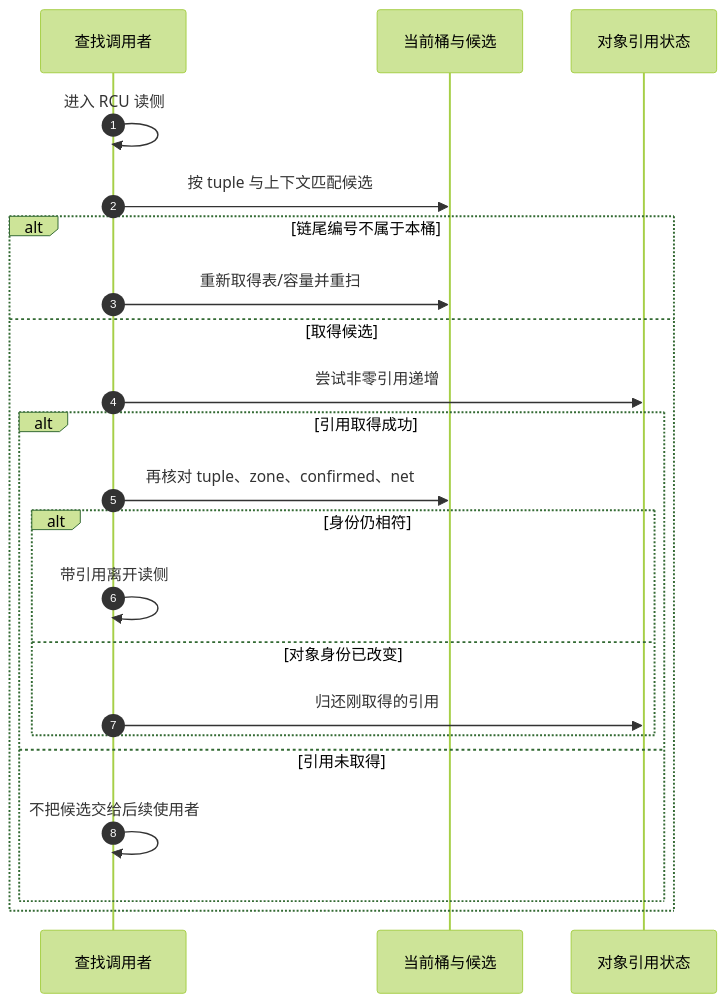
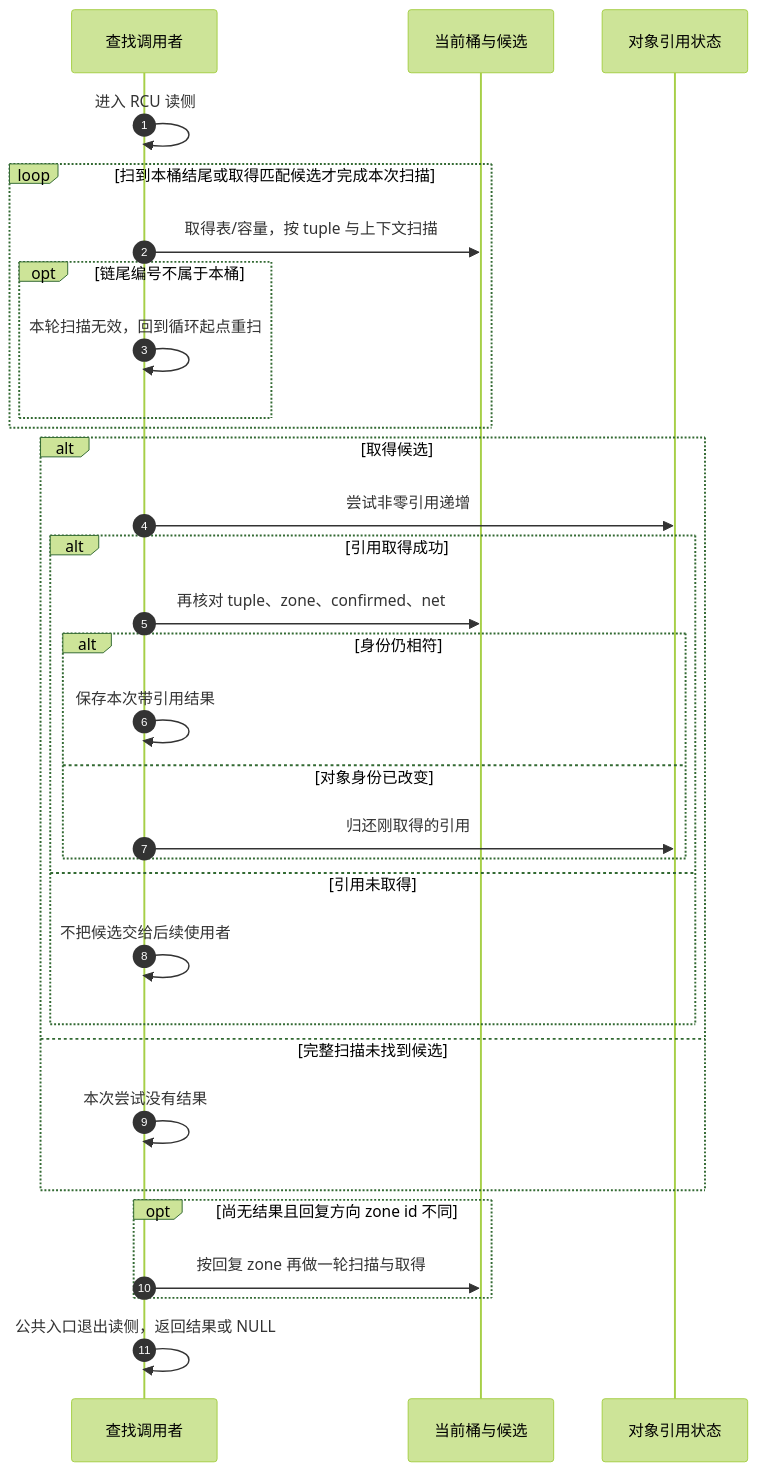
The third of 4 diagrams in knowledge/linux/data_structures/哈希表_Hash_Table/P04_内核实战与应用/P06_哈希表在内核子系统中的影子(深度拆解篇).md (FormingSystem/linux_note), drawn with Mermaid (forest theme) before and after one commit. The commit also changed other lines of this file and 11 other files, not shown here.

````diff
--- a/knowledge/linux/data_structures/哈希表_Hash_Table/P04_内核实战与应用/P06_哈希表在内核子系统中的影子(深度拆解篇).md
+++ b/knowledge/linux/data_structures/哈希表_Hash_Table/P04_内核实战与应用/P06_哈希表在内核子系统中的影子(深度拆解篇).md
@@ -62,24 +62,33 @@
 ```mermaid
 sequenceDiagram
     autonumber
     participant query as 查找调用者
     participant table as 当前桶与候选
     participant life as 对象引用状态
     query->>query: 进入 RCU 读侧
-    query->>table: 按 tuple 与上下文匹配候选
-    alt 链尾编号不属于本桶
-        query->>table: 重新取得表/容量并重扫
-    else 取得候选
+    loop 扫到本桶结尾或取得匹配候选才完成本次扫描
+        query->>table: 取得表/容量，按 tuple 与上下文扫描
+        opt 链尾编号不属于本桶
+            query->>query: 本轮扫描无效，回到循环起点重扫
+        end
+    end
+    alt 取得候选
         query->>life: 尝试非零引用递增
         alt 引用取得成功
             query->>table: 再核对 tuple、zone、confirmed、net
             alt 身份仍相符
-                query->>query: 带引用离开读侧
+                query->>query: 保存本次带引用结果
             else 对象身份已改变
                 query->>life: 归还刚取得的引用
             end
         else 引用未取得
             query->>query: 不把候选交给后续使用者
         end
+    else 完整扫描未找到候选
+        query->>query: 本次尝试没有结果
     end
+    opt 尚无结果且回复方向 zone id 不同
+        query->>table: 按回复 zone 再做一轮扫描与取得
+    end
+    query->>query: 公共入口退出读侧，返回结果或 NULL
 ```
````
